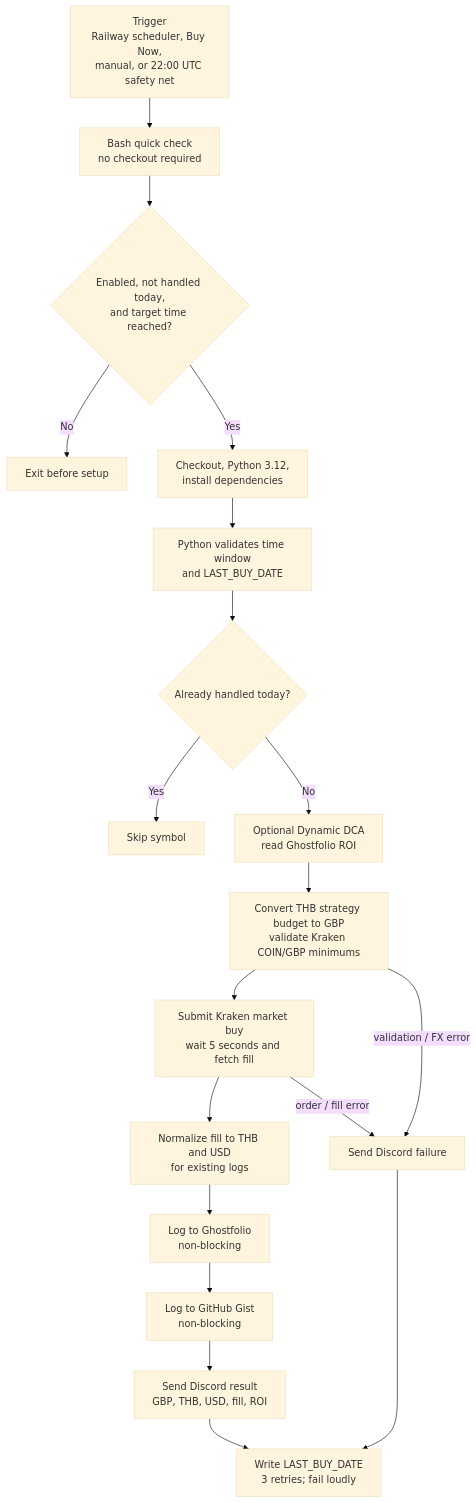
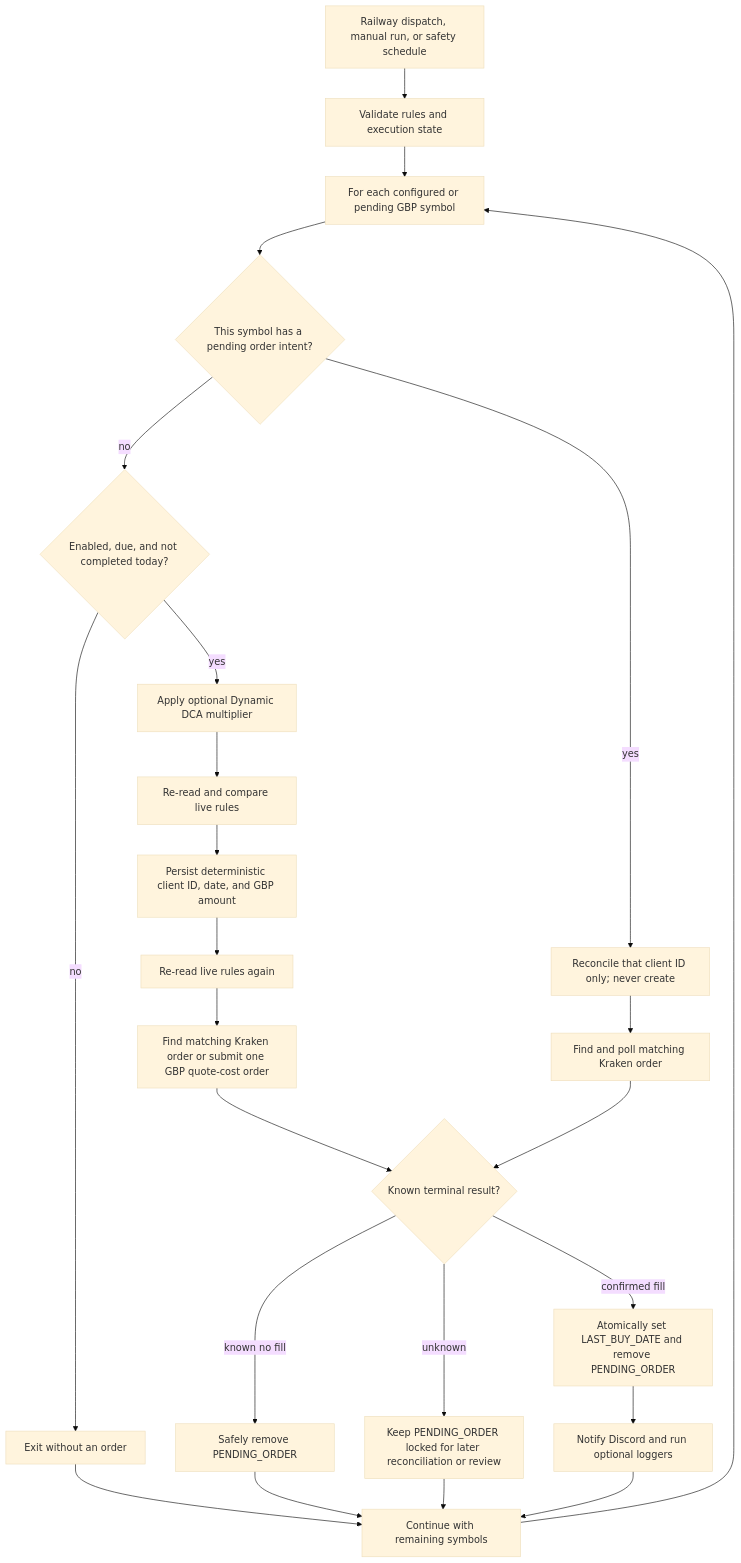
One commit to aesscialo-bot/DCA-Bot changed the third of 4 diagrams in README.md. Above: the diagram before and after it, drawn with Mermaid (base theme). The commit also changed other lines of this file and 26 other files, not shown here.

Commit message:
Make Kraken DCA fully GBP-native and fail closed

````diff
--- a/README.md
+++ b/README.md
@@ -174,21 +146,26 @@
 ```mermaid
 flowchart TD
-    A["Trigger<br/>Railway scheduler, Buy Now,<br/>manual, or 22:00 UTC safety net"] --> B["Bash quick check<br/>no checkout required"]
-    B --> C{Enabled, not handled today,<br/>and target time reached?}
-    C -->|No| D["Exit before setup"]
-    C -->|Yes| E["Checkout, Python 3.12,<br/>install dependencies"]
-    E --> F["Python validates time window<br/>and LAST_BUY_DATE"]
-    F --> G{Already handled today?}
-    G -->|Yes| H["Skip symbol"]
-    G -->|No| ROI["Optional Dynamic DCA<br/>read Ghostfolio ROI"]
-    ROI --> I["Convert THB strategy budget to GBP<br/>validate Kraken COIN/GBP minimums"]
-    I --> J["Submit Kraken market buy<br/>wait 5 seconds and fetch fill"]
-    J --> K["Normalize fill to THB and USD<br/>for existing logs"]
-    K --> L["Log to Ghostfolio<br/>non-blocking"]
-    L --> M["Log to GitHub Gist<br/>non-blocking"]
-    M --> N["Send Discord result<br/>GBP, THB, USD, fill, ROI"]
-    I -->|"validation / FX error"| ERR["Send Discord failure"]
-    J -->|"order / fill error"| ERR
-    N --> O["Write LAST_BUY_DATE<br/>3 retries; fail loudly"]
-    ERR --> O
+    S["Railway dispatch, manual run, or safety schedule"] --> Q["Validate rules and execution state"]
+    Q --> LOOP["For each configured or pending GBP symbol"]
+    LOOP --> P{"This symbol has a pending order intent?"}
+    P -->|"yes"| RO["Reconcile that client ID only; never create"]
+    P -->|"no"| D{"Enabled, due, and not completed today?"}
+    D -->|"no"| X["Exit without an order"]
+    D -->|"yes"| A["Apply optional Dynamic DCA multiplier"]
+    A --> R1["Re-read and compare live rules"]
+    R1 --> I["Persist deterministic client ID, date, and GBP amount"]
+    I --> R2["Re-read live rules again"]
+    R2 --> K["Find matching Kraken order or submit one GBP quote-cost order"]
+    RO --> K2["Find and poll matching Kraken order"]
+    K --> OUT{"Known terminal result?"}
+    K2 --> OUT
+    OUT -->|"confirmed fill"| DONE["Atomically set LAST_BUY_DATE and remove PENDING_ORDER"]
+    OUT -->|"known no fill"| CLEAR["Safely remove PENDING_ORDER"]
+    OUT -->|"unknown"| LOCK["Keep PENDING_ORDER locked for later reconciliation or review"]
+    DONE --> LOG["Notify Discord and run optional loggers"]
+    X --> NEXT["Continue with remaining symbols"]
+    CLEAR --> NEXT
+    LOCK --> NEXT
+    LOG --> NEXT
+    NEXT --> LOOP
 ```
````
